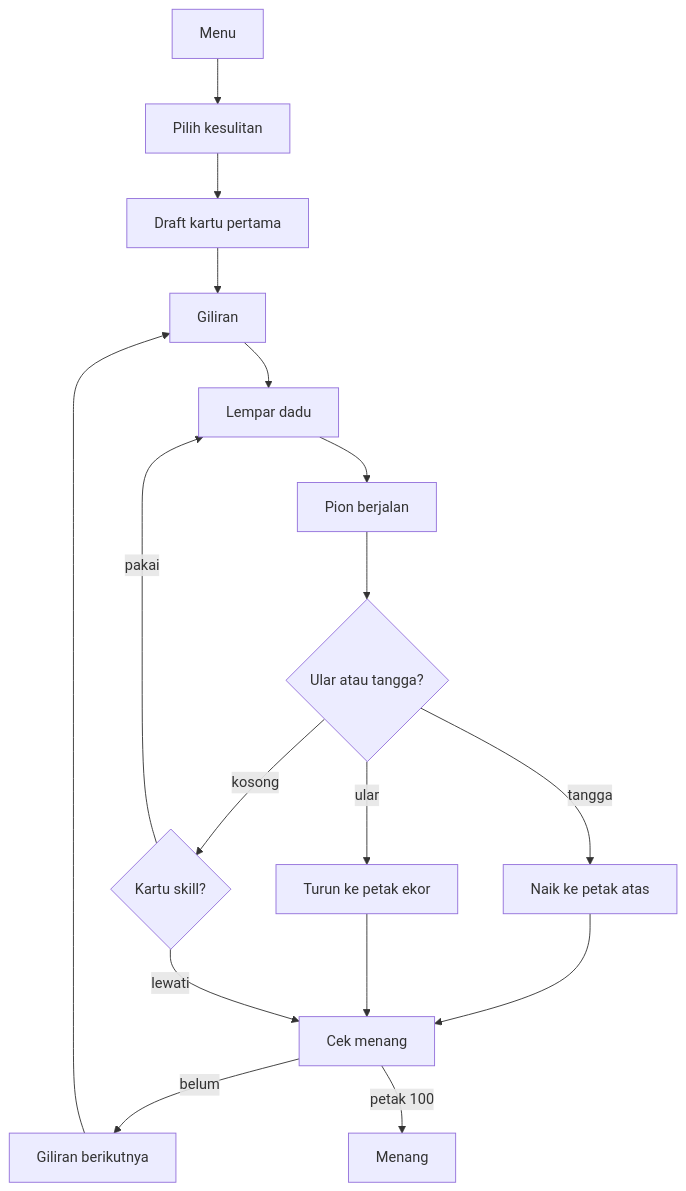
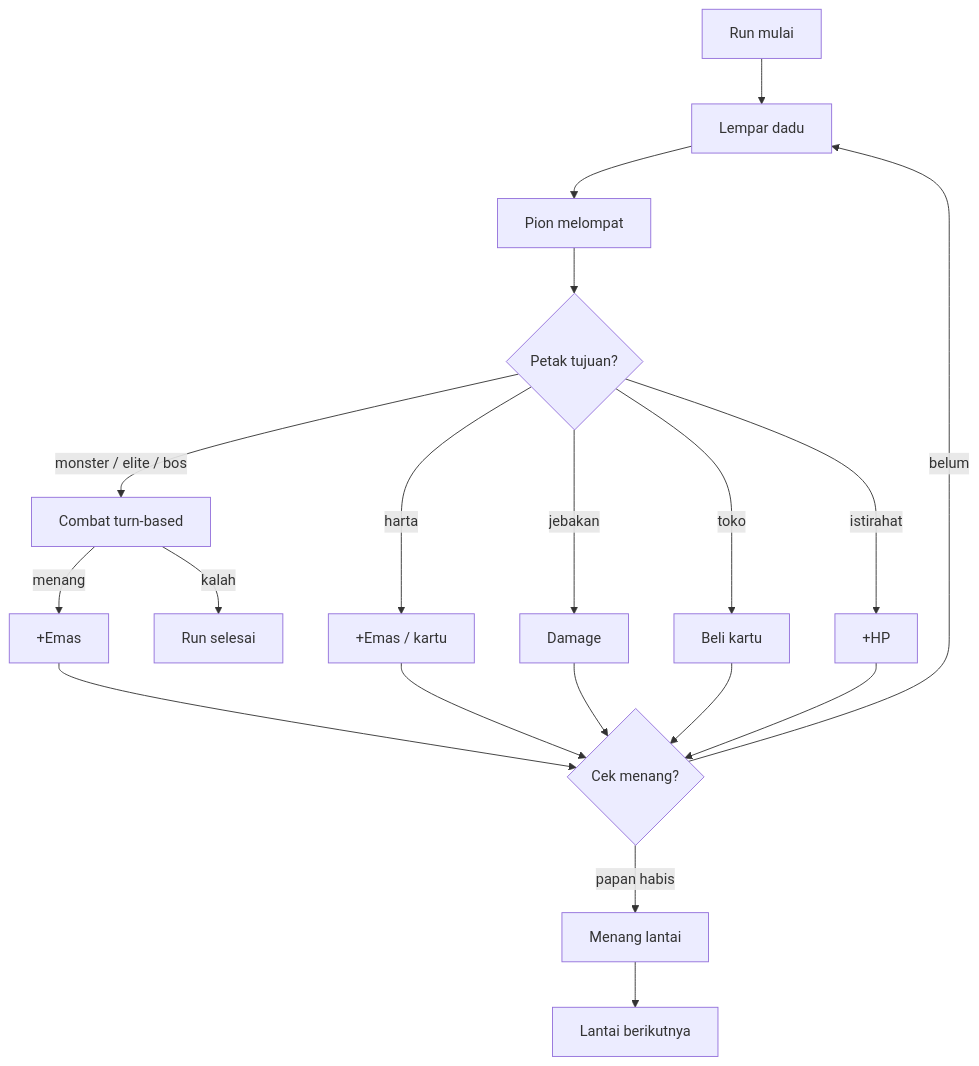
The diagram in README.md (fawwaz1st/dice-delve), drawn with Mermaid before and after one commit. The commit also changed other lines of this file and 3 other files, not shown here.

````diff
--- a/README.md
+++ b/README.md
@@ -13,19 +16,21 @@
 ```mermaid
 flowchart TD
-    M[Menu] --> D[Pilih kesulitan]
-    D --> K[Draft kartu pertama]
-    K --> G[Giliran]
-    G --> R[Lempar dadu]
-    R --> W[Pion berjalan]
-    W --> C{Ular atau tangga?}
-    C -->|tangga| L[Naik ke petak atas]
-    C -->|ular| S[Turun ke petak ekor]
-    C -->|kosong| P{Kartu skill?}
-    L --> W2[Cek menang]
-    S --> W2
-    P -->|pakai| R
-    P -->|lewati| W2
-    W2 -->|belum| N[Giliran berikutnya]
-    W2 -->|petak 100| MENANG[Menang]
-    N --> G
+    A[Run mulai] --> B[Lempar dadu]
+    B --> C[Pion melompat]
+    C --> D{Petak tujuan?}
+    D -->|monster / elite / bos| E[Combat turn-based]
+    D -->|harta| F[+Emas / kartu]
+    D -->|jebakan| G[Damage]
+    D -->|toko| H[Beli kartu]
+    D -->|istirahat| I[+HP]
+    E -->|menang| J[+Emas]
+    J --> K{Cek menang?}
+    E -->|kalah| L[Run selesai]
+    F --> K
+    G --> K
+    H --> K
+    I --> K
+    K -->|belum| B
+    K -->|papan habis| M[Menang lantai]
+    M --> N[Lantai berikutnya]
 ```
````
